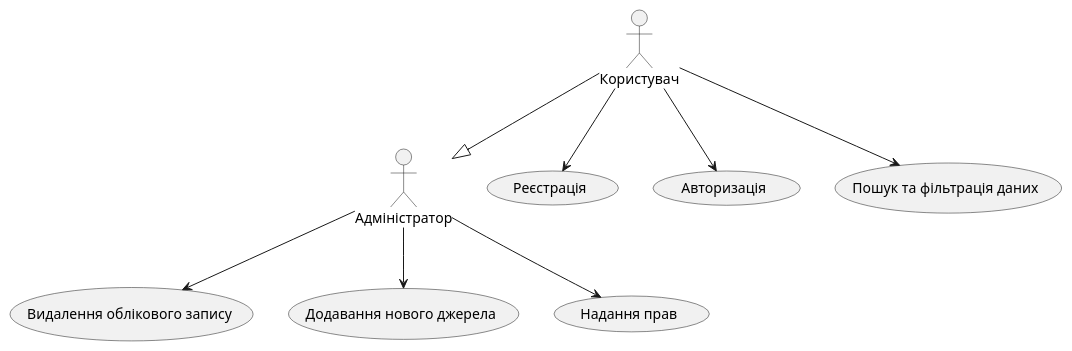
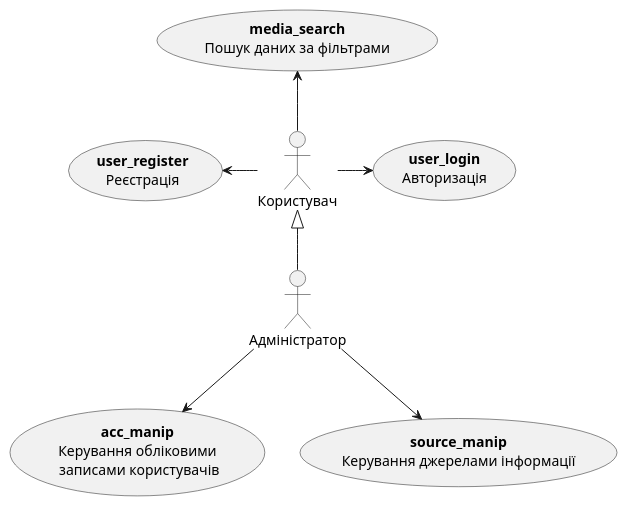
One commit to vladimirkoff/edu_db_labs_team changed the first of 9 diagrams in docs/use cases/README.md. Above: the diagram before and after it, drawn with PlantUML. The commit also changed other lines of this file, not shown here.

Commit message:
fix diagrams

```diff
--- a/docs/use cases/README.md
+++ b/docs/use cases/README.md
@@ -5,26 +5,24 @@
 @startuml
 
 top to bottom direction
 
-actor "Користувач" as User
+actor "Користувач" as User 
 actor "Адміністратор" as Admin
 
-User --|> Admin
+Admin -u-|> User
 
-usecase "Реєстрація" as Registration
-usecase "Авторизація" as Login
-usecase "Пошук та фільтрація даних" as SearchAndFilter
+usecase "<b>user_register</b>\nРеєстрація" as Registration 
+usecase "<b>user_login</b>\nАвторизація" as Login 
+usecase "<b>media_search</b>\nПошук даних за фільтрами" as SearchAndFilter
 
-User --> Registration
-User --> Login
-User --> SearchAndFilter
+User -l-> Registration 
+User -r-> Login 
+User -u-> SearchAndFilter
 
-usecase "Видалення облікового запису" as DeleteAccount
-usecase "Додавання нового джерела" as AddSource
-usecase "Надання прав" as GrantPermissions
+usecase "<b>acc_manip</b>\nКерування обліковими\n записами користувачів" as ManipAccount 
+usecase "<b>source_manip</b>\nКерування джерелами інформації" as ManipSource 
 
-Admin --> DeleteAccount
-Admin --> AddSource
-Admin --> GrantPermissions
+Admin --> ManipAccount 
+Admin --> ManipSource 
 
 @enduml
```
